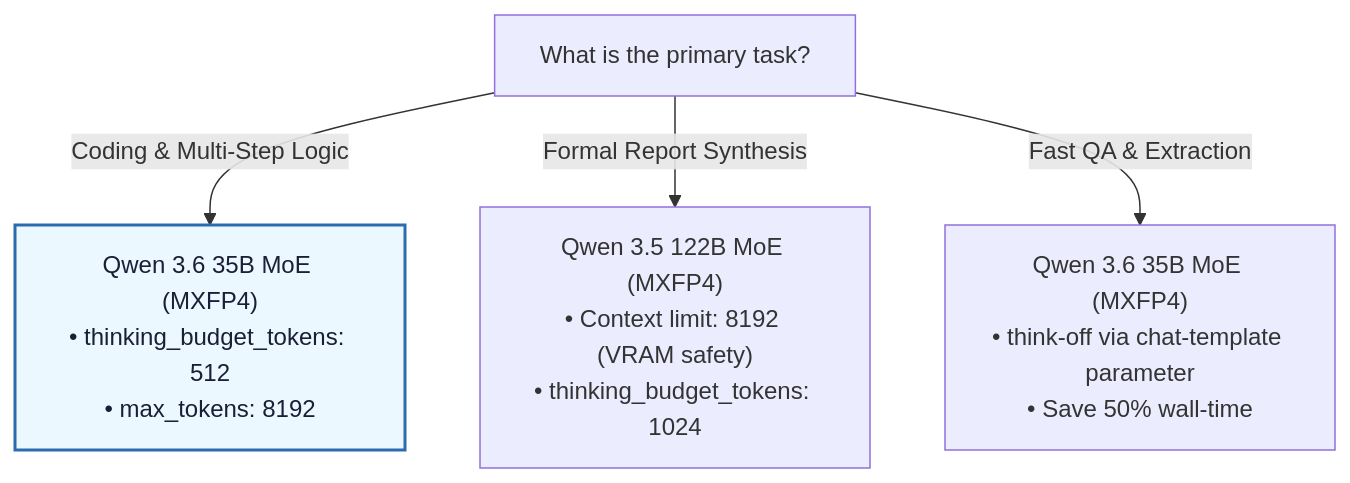
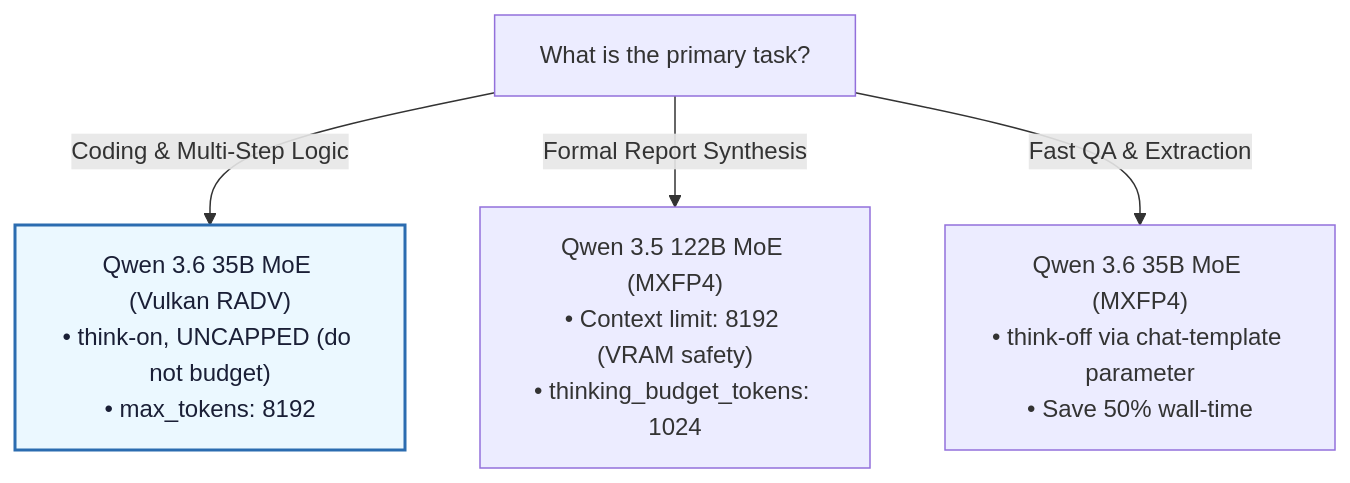
The diagram in reference/decision-tree.md (boxwrench/tesla_agent), drawn with Mermaid before and after one commit. The commit also changed other lines of this file and 6 other files, not shown here.

````diff
--- a/reference/decision-tree.md
+++ b/reference/decision-tree.md
@@ -5,11 +5,11 @@
 ```mermaid
 graph TD
     Start["What is the primary task?"]
     
-    Start -->|Coding & Multi-Step Logic| Code["Qwen 3.6 35B MoE (MXFP4)<br/>• thinking_budget_tokens: 512<br/>• max_tokens: 8192"]
+    Start -->|Coding & Multi-Step Logic| Code["Qwen 3.6 35B MoE (Vulkan RADV)<br/>• think-on, UNCAPPED (do not budget)<br/>• max_tokens: 8192"]
     style Code fill:#ebf8ff,stroke:#2b6cb0,stroke-width:2px,color:#1a1f36
     
     Start -->|Formal Report Synthesis| Synth["Qwen 3.5 122B MoE (MXFP4)<br/>• Context limit: 8192 (VRAM safety)<br/>• thinking_budget_tokens: 1024"]
     
     Start -->|Fast QA & Extraction| Ext["Qwen 3.6 35B MoE (MXFP4)<br/>• think-off via chat-template parameter<br/>• Save 50% wall-time"]
 ```
````
